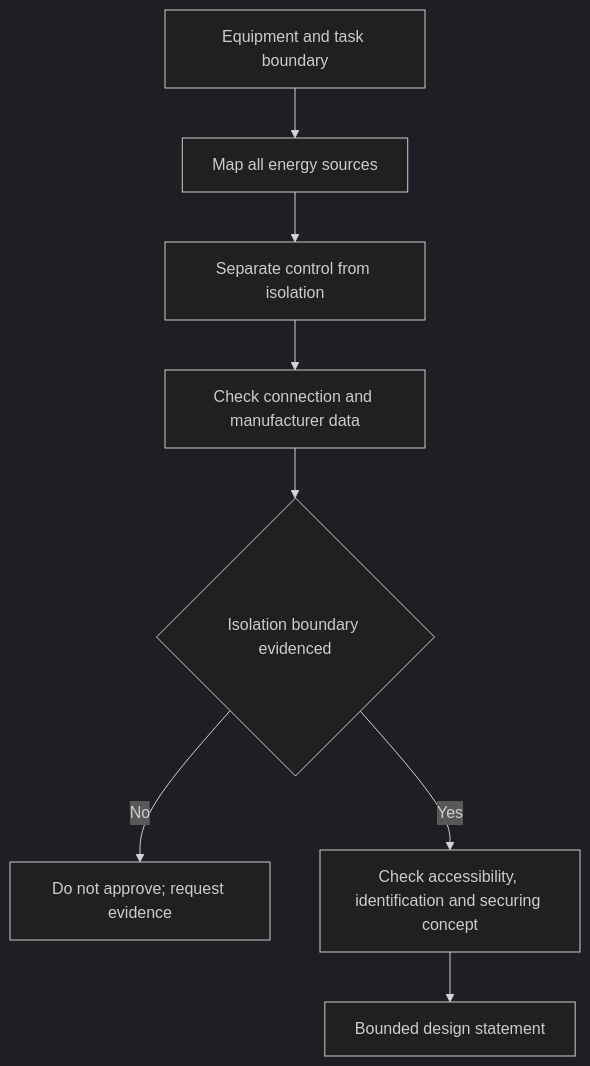
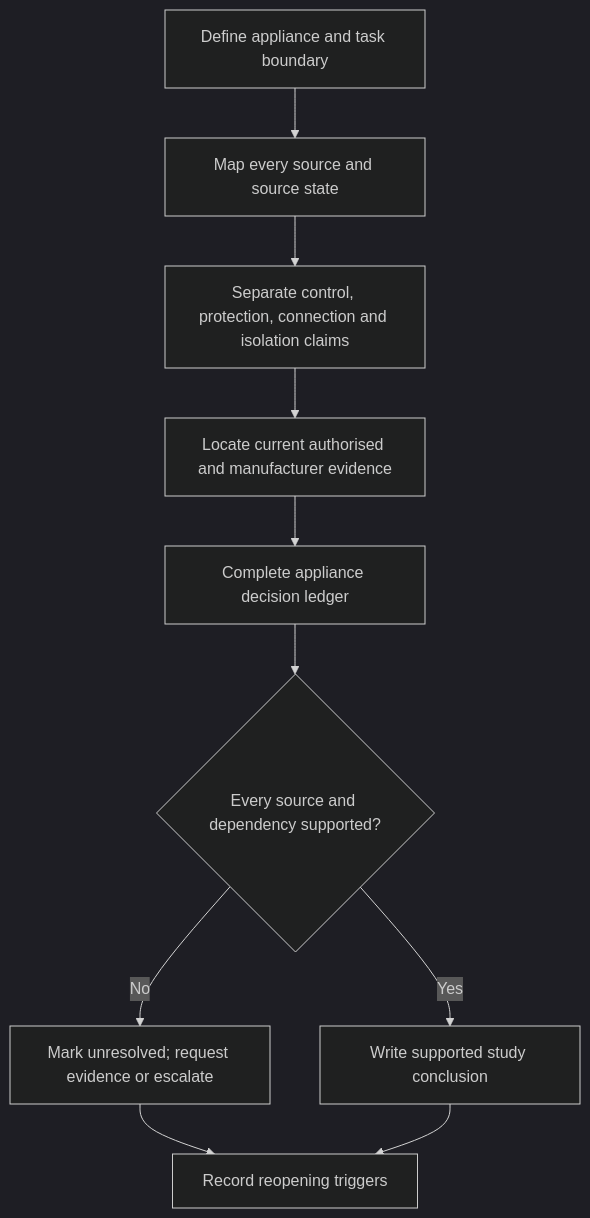
One commit to andrew3stedall/capstone changed the first of 2 diagrams in docs/learning-plans/6-week/modules/day-31-fixed-appliances-local-isolation-and-connection-decisions.md. Above: the diagram before and after it, drawn with Mermaid (dark theme). The commit also changed other lines of this file and 4 other files, not shown here.

Commit message:
Improve Day 31 fixed-appliance isolation reasoning

````diff
--- a/docs/learning-plans/6-week/modules/day-31-fixed-appliances-local-isolation-and-connection-decisions.md
+++ b/docs/learning-plans/6-week/modules/day-31-fixed-appliances-local-isolation-and-connection-decisions.md
@@ -53,10 +95,12 @@
 ```mermaid
 flowchart TD
-    A[Equipment and task boundary] --> B[Map all energy sources]
-    B --> C[Separate control from isolation]
-    C --> D[Check connection and manufacturer data]
-    D --> E{Isolation boundary evidenced}
-    E -->|No| F[Do not approve; request evidence]
-    E -->|Yes| G[Check accessibility, identification and securing concept]
-    G --> H[Bounded design statement]
+    A[Define appliance and task boundary] --> B[Map every source and source state]
+    B --> C[Separate control, protection, connection and isolation claims]
+    C --> D[Locate current authorised and manufacturer evidence]
+    D --> E[Complete appliance decision ledger]
+    E --> F{Every source and dependency supported?}
+    F -->|No| G[Mark unresolved; request evidence or escalate]
+    F -->|Yes| H[Write supported study conclusion]
+    G --> I[Record reopening triggers]
+    H --> I
 ```
````
